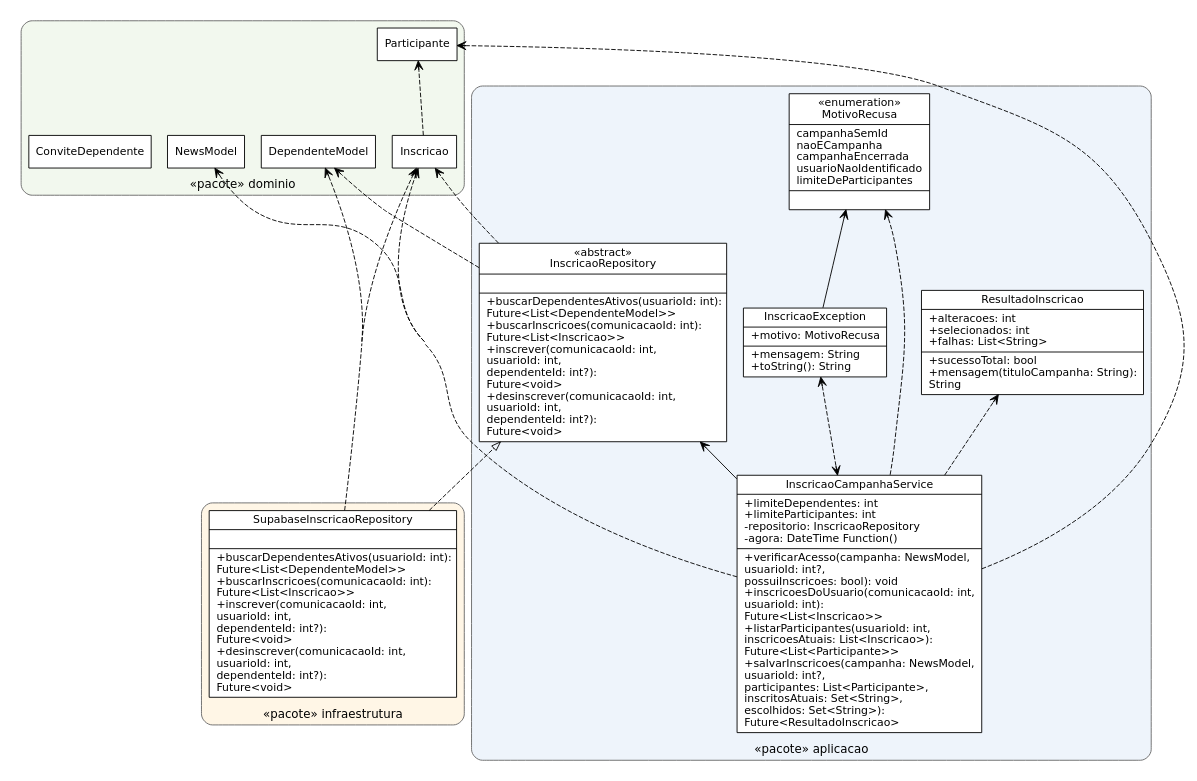
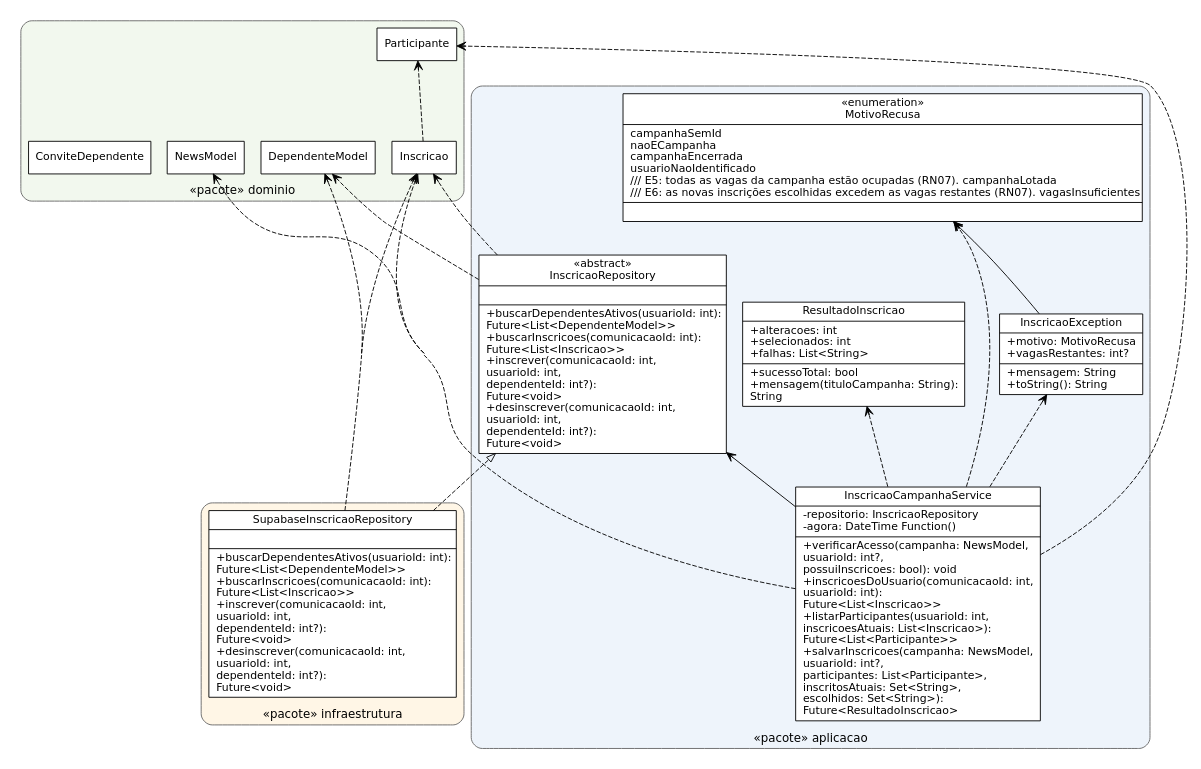
One commit to Conecta-Vida/Conecta-Vida-Mobile changed the diagram in qualidade/relatorios/classes-a-aplicacao.dot. Above: the diagram before and after it, drawn with Graphviz. The commit also changed 27 other files, not shown here.

```diff
--- a/qualidade/relatorios/classes-a-aplicacao.dot
+++ b/qualidade/relatorios/classes-a-aplicacao.dot
@@ -1,37 +1,38 @@
 digraph classes {
 rankdir=BT; nodesep=0.25; ranksep=0.5; pad=0.1; concentrate=true;
 node [shape=record, fontname="DejaVu Sans", fontsize=12, style=filled, fillcolor="#ffffff"];
 edge [fontname="DejaVu Sans", fontsize=11];
 subgraph cluster_0 { label="«pacote» aplicacao"; style="rounded,filled"; fillcolor="#eef4fb"; color=gray40; fontname="DejaVu Sans"; fontsize=13; labelloc=t;
   InscricaoRepository [label="{«abstract»\nInscricaoRepository||+buscarDependentesAtivos(usuarioId: int):\l      Future&lt;List&lt;DependenteModel&gt;&gt;\l+buscarInscricoes(comunicacaoId: int):\l      Future&lt;List&lt;Inscricao&gt;&gt;\l+inscrever(comunicacaoId: int,\l      usuarioId: int,\l      dependenteId: int?):\l      Future&lt;void&gt;\l+desinscrever(comunicacaoId: int,\l      usuarioId: int,\l      dependenteId: int?):\l      Future&lt;void&gt;\l}"];
-  MotivoRecusa [label="{«enumeration»\nMotivoRecusa|campanhaSemId\lnaoECampanha\lcampanhaEncerrada\lusuarioNaoIdentificado\llimiteDeParticipantes\l|}"];
-  InscricaoException [label="{InscricaoException|+motivo: MotivoRecusa\l|+mensagem: String\l+toString(): String\l}"];
+  MotivoRecusa [label="{«enumeration»\nMotivoRecusa|campanhaSemId\lnaoECampanha\lcampanhaEncerrada\lusuarioNaoIdentificado\l/// E5: todas as vagas da campanha estão ocupadas (RN07).
+  campanhaLotada\l/// E6: as novas inscrições escolhidas excedem as vagas restantes (RN07).
+  vagasInsuficientes\l|}"];
+  InscricaoException [label="{InscricaoException|+motivo: MotivoRecusa\l+vagasRestantes: int?\l|+mensagem: String\l+toString(): String\l}"];
   ResultadoInscricao [label="{ResultadoInscricao|+alteracoes: int\l+selecionados: int\l+falhas: List&lt;String&gt;\l|+sucessoTotal: bool\l+mensagem(tituloCampanha: String):\l      String\l}"];
-  InscricaoCampanhaService [label="{InscricaoCampanhaService|+limiteDependentes: int\l+limiteParticipantes: int\l-repositorio: InscricaoRepository\l-agora: DateTime Function()\l|+verificarAcesso(campanha: NewsModel,\l      usuarioId: int?,\l      possuiInscricoes: bool): void\l+inscricoesDoUsuario(comunicacaoId: int,\l      usuarioId: int):\l      Future&lt;List&lt;Inscricao&gt;&gt;\l+listarParticipantes(usuarioId: int,\l      inscricoesAtuais: List&lt;Inscricao&gt;):\l      Future&lt;List&lt;Participante&gt;&gt;\l+salvarInscricoes(campanha: NewsModel,\l      usuarioId: int?,\l      participantes: List&lt;Participante&gt;,\l      inscritosAtuais: Set&lt;String&gt;,\l      escolhidos: Set&lt;String&gt;):\l      Future&lt;ResultadoInscricao&gt;\l}"];
+  InscricaoCampanhaService [label="{InscricaoCampanhaService|-repositorio: InscricaoRepository\l-agora: DateTime Function()\l|+verificarAcesso(campanha: NewsModel,\l      usuarioId: int?,\l      possuiInscricoes: bool): void\l+inscricoesDoUsuario(comunicacaoId: int,\l      usuarioId: int):\l      Future&lt;List&lt;Inscricao&gt;&gt;\l+listarParticipantes(usuarioId: int,\l      inscricoesAtuais: List&lt;Inscricao&gt;):\l      Future&lt;List&lt;Participante&gt;&gt;\l+salvarInscricoes(campanha: NewsModel,\l      usuarioId: int?,\l      participantes: List&lt;Participante&gt;,\l      inscritosAtuais: Set&lt;String&gt;,\l      escolhidos: Set&lt;String&gt;):\l      Future&lt;ResultadoInscricao&gt;\l}"];
 }
 subgraph cluster_1 { label="«pacote» dominio"; style="rounded,filled"; fillcolor="#f2f8ee"; color=gray40; fontname="DejaVu Sans"; fontsize=13; labelloc=t;
   Inscricao [shape=box, label="Inscricao"];
   Participante [shape=box, label="Participante"];
   NewsModel [shape=box, label="NewsModel"];
   DependenteModel [shape=box, label="DependenteModel"];
   ConviteDependente [shape=box, label="ConviteDependente"];
 }
 subgraph cluster_2 { label="«pacote» infraestrutura"; style="rounded,filled"; fillcolor="#fff6e6"; color=gray40; fontname="DejaVu Sans"; fontsize=13; labelloc=t;
   SupabaseInscricaoRepository [label="{SupabaseInscricaoRepository||+buscarDependentesAtivos(usuarioId: int):\l      Future&lt;List&lt;DependenteModel&gt;&gt;\l+buscarInscricoes(comunicacaoId: int):\l      Future&lt;List&lt;Inscricao&gt;&gt;\l+inscrever(comunicacaoId: int,\l      usuarioId: int,\l      dependenteId: int?):\l      Future&lt;void&gt;\l+desinscrever(comunicacaoId: int,\l      usuarioId: int,\l      dependenteId: int?):\l      Future&lt;void&gt;\l}"];
 }
   Inscricao -> Participante [arrowhead=vee, style=dashed];
   InscricaoCampanhaService -> Inscricao [arrowhead=vee, style=dashed];
   InscricaoCampanhaService -> InscricaoException [arrowhead=vee, style=dashed];
   InscricaoCampanhaService -> InscricaoRepository [arrowhead=vee];
   InscricaoCampanhaService -> MotivoRecusa [arrowhead=vee, style=dashed];
   InscricaoCampanhaService -> NewsModel [arrowhead=vee, style=dashed];
   InscricaoCampanhaService -> Participante [arrowhead=vee, style=dashed];
   InscricaoCampanhaService -> ResultadoInscricao [arrowhead=vee, style=dashed];
-  InscricaoException -> InscricaoCampanhaService [arrowhead=vee, style=dashed];
   InscricaoException -> MotivoRecusa [arrowhead=vee];
   InscricaoRepository -> DependenteModel [arrowhead=vee, style=dashed];
   InscricaoRepository -> Inscricao [arrowhead=vee, style=dashed];
   SupabaseInscricaoRepository -> DependenteModel [arrowhead=vee, style=dashed];
   SupabaseInscricaoRepository -> Inscricao [arrowhead=vee, style=dashed];
   SupabaseInscricaoRepository -> InscricaoRepository [arrowhead=empty, style=dashed];
 }
```
